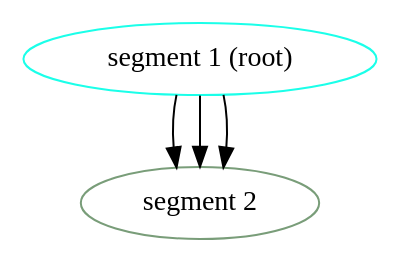
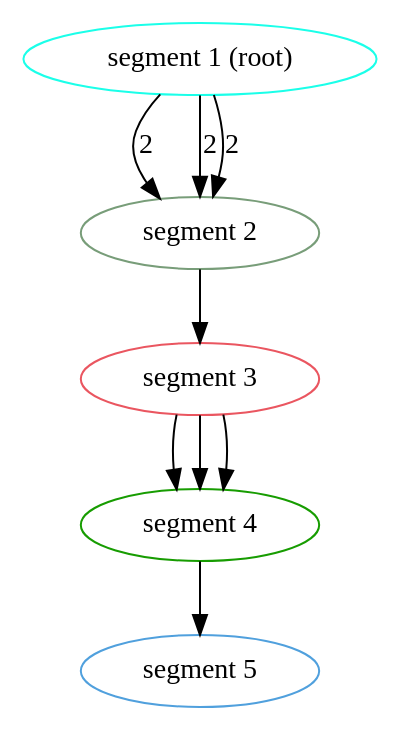
The diagram in Assets/Scripts/GraphVisualization/TestGraph3.dot (anoop-rehman/utmist-virtual-creatures-II-copy), drawn with Graphviz before and after one commit. The commit also changed 3 other files, not shown here.

Commit message:
Added recursive limits to graph

```diff
--- a/Assets/Scripts/GraphVisualization/TestGraph3.dot
+++ b/Assets/Scripts/GraphVisualization/TestGraph3.dot
@@ -1,7 +1,1 @@
-// digraph g {body -> head; body -> limb; body -> limb; body -> limb; body -> limb; limb -> limb;}
-// digraph g {1 [label="segment 1 (root)", color="#40e0d0"]; 2 [label="segment 2"]; 3 [label="segment 3"]; }
-
-// digraph g {1 [label="segment 1 (root)", color="#1BFFE9"]; 2 [label="segment 2", color ="#799D79"]; 3 [label="segment 3", color ="#C96ABF"]; 1 -> 2; 1-> 2; 1-> 3;}
-
-//digraph g {1 [label="segment 1 (root)", color="#1BFFE9"]; 2 [label="segment 2", color ="#799D79"]; 3 [label="segment 3", color ="#8C6C9A"]; 1 -> 2; 1 -> 2; 2 -> 3; }
-digraph g {1 [label="segment 1 (root)", color="#1BFFE9"]; 2 [label="segment 2", color ="#799D79"]; 1 -> 2; 1 -> 2; 1 -> 2; }
+digraph g {1 [label="segment 1 (root)", color="#1BFFE9"]; 2 [label="segment 2", color ="#789D79"]; 3 [label="segment 3", color ="#EA5660"]; 4 [label="segment 4", color ="#179C01"]; 5 [label="segment 5", color ="#50A0DD"]; 1 -> 2 [label="2"]; 1 -> 2 [label="2"]; 1 -> 2 [label="2"]; 2 -> 3; 3 -> 4; 3 -> 4; 3 -> 4; 4 -> 5; }
```
